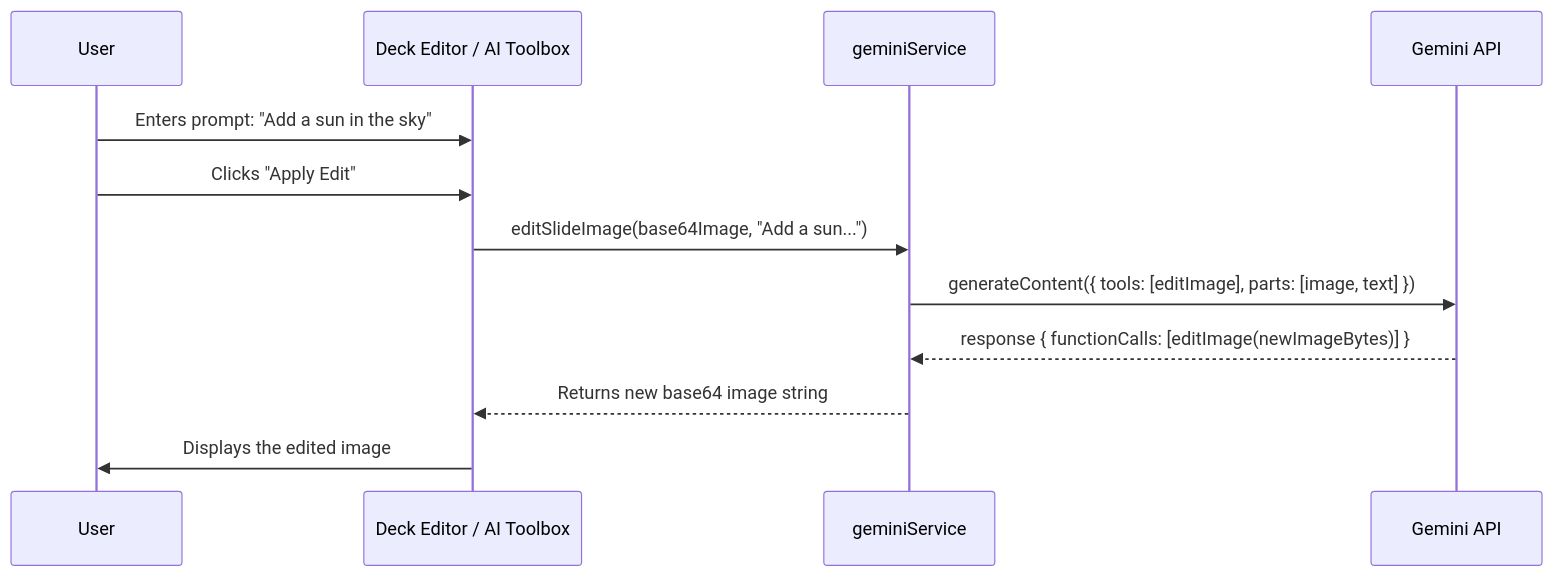
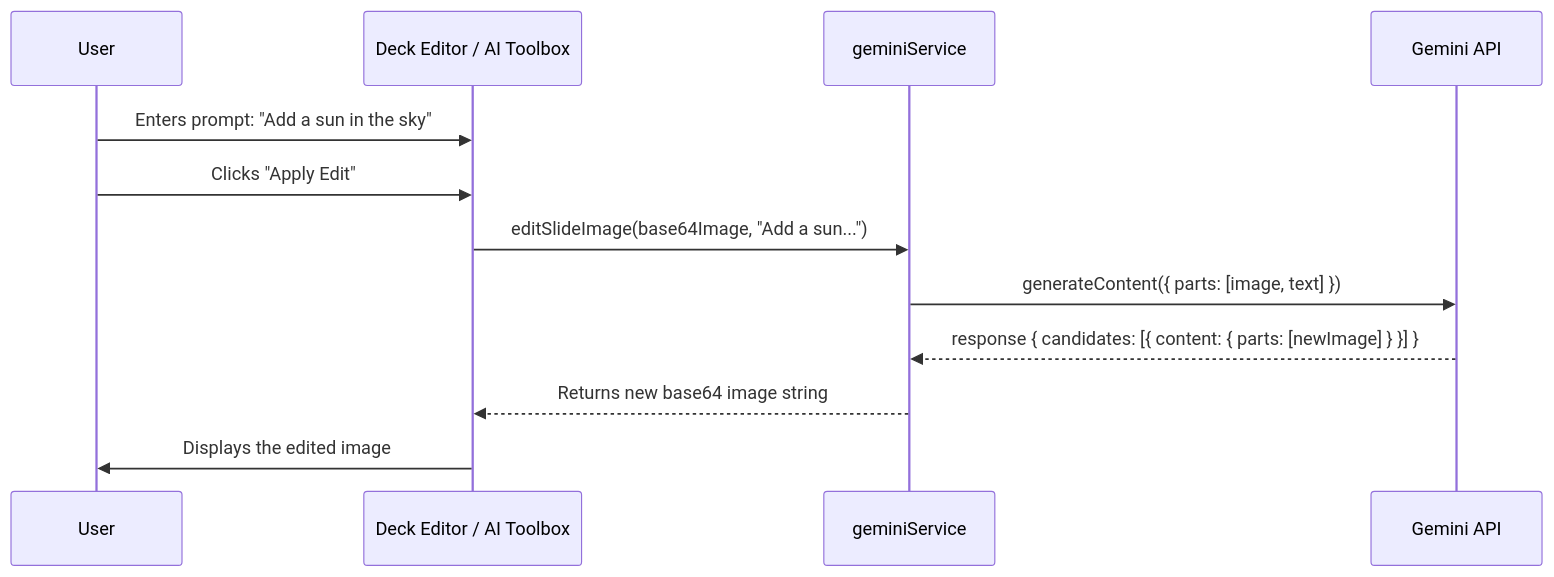
One commit to amo-tech-ai/sun100 changed the fifth of 10 diagrams in docs/11-ai-workflows-and-diagrams.md. Above: the diagram before and after it, drawn with Mermaid. The commit also changed other lines of this file and 10 other files, not shown here.

````diff
--- a/docs/11-ai-workflows-and-diagrams.md
+++ b/docs/11-ai-workflows-and-diagrams.md
@@ -88,15 +88,15 @@
 ```mermaid
 sequenceDiagram
     participant User
     participant UI as Deck Editor / AI Toolbox
     participant Service as geminiService
     participant Model as Gemini API
 
     User->>UI: Enters prompt: "Add a sun in the sky"
     User->>UI: Clicks "Apply Edit"
     UI->>Service: editSlideImage(base64Image, "Add a sun...")
-    Service->>Model: generateContent({ tools: [editImage], parts: [image, text] })
-    Model-->>Service: response { functionCalls: [editImage(newImageBytes)] }
+    Service->>Model: generateContent({ parts: [image, text] })
+    Model-->>Service: response { candidates: [{ content: { parts: [newImage] } }] }
     Service-->>UI: Returns new base64 image string
     UI->>User: Displays the edited image
 ```
````
